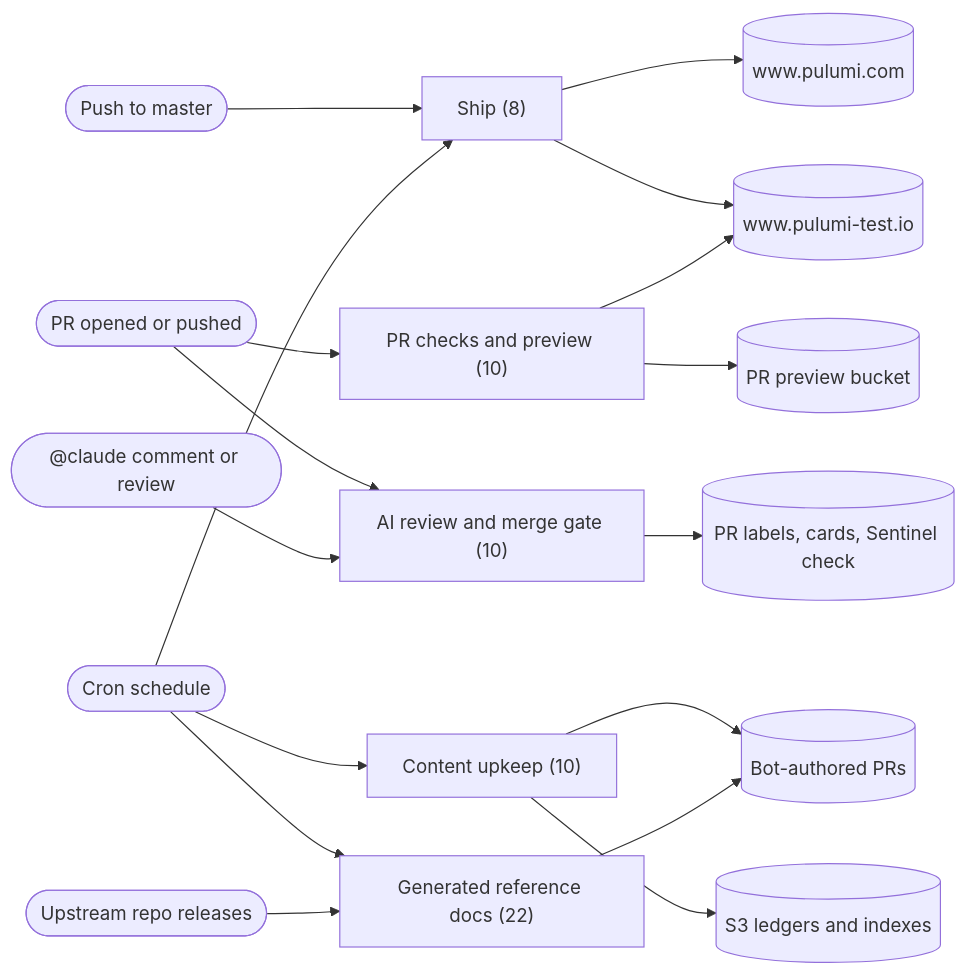
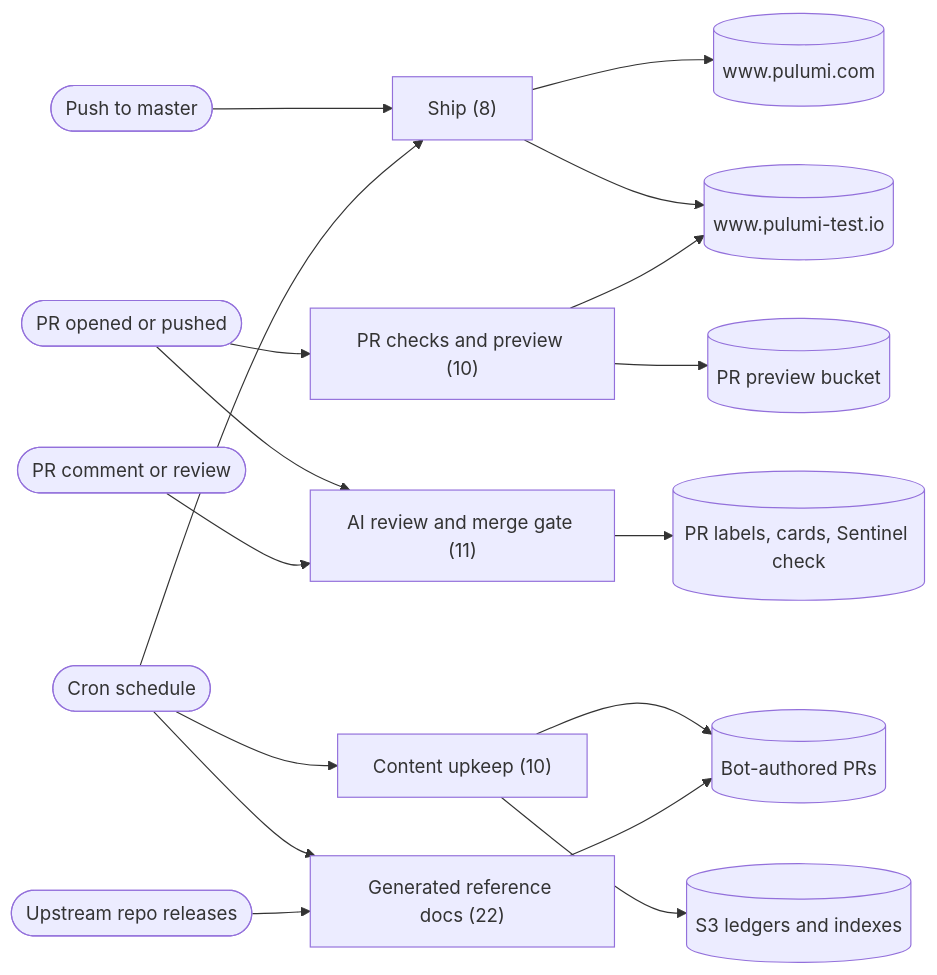
The first of 9 diagrams in BUILD-AND-DEPLOY.md (pulumi/docs), drawn with Mermaid before and after one commit. The commit also changed other lines of this file and 61 other files, not shown here.

````diff
--- a/BUILD-AND-DEPLOY.md
+++ b/BUILD-AND-DEPLOY.md
@@ -1025,35 +1025,35 @@
 ```mermaid
 flowchart LR
   A1(["`Push to master`"])
   A2(["`PR opened or pushed`"])
-  A3(["`@claude comment or review`"])
+  A3(["`PR comment or review`"])
   A4(["`Cron schedule`"])
   A5(["`Upstream repo releases`"])
   F1["`Ship (8)`"]
   F2["`PR checks and preview (10)`"]
-  F3["`AI review and merge gate (10)`"]
+  F3["`AI review and merge gate (11)`"]
   F4["`Content upkeep (10)`"]
   F5["`Generated reference docs (22)`"]
   O1[("`www.pulumi.com`")]
   O2[("`www.pulumi-test.io`")]
   O3[("`PR preview bucket`")]
   O5[("`PR labels, cards, Sentinel check`")]
   O4[("`Bot-authored PRs`")]
   O7[("`S3 ledgers and indexes`")]
   A1 --> F1
   A2 --> F2
   A2 --> F3
   A3 --> F3
   A4 --> F1
   A4 --> F4
   A4 --> F5
   A5 --> F5
   F1 --> O1
   F1 --> O2
   F2 --> O3
   F2 --> O2
   F3 --> O5
   F4 --> O4
   F4 --> O7
   F5 --> O4
 ```
````
